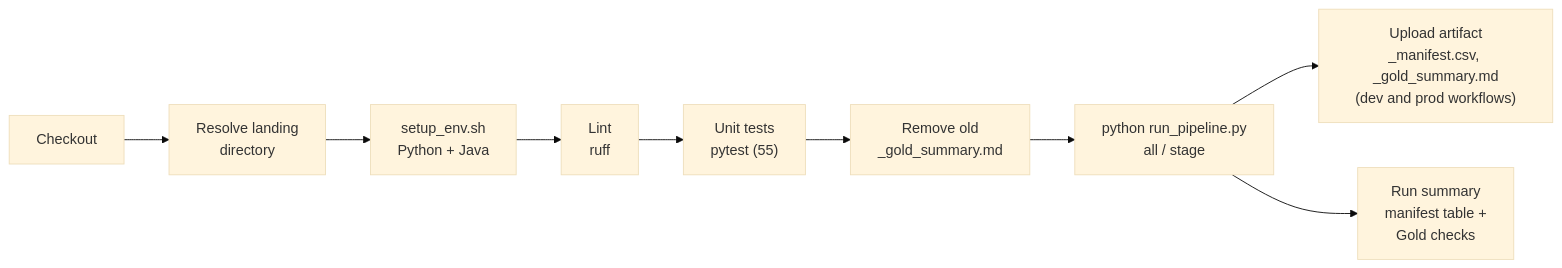
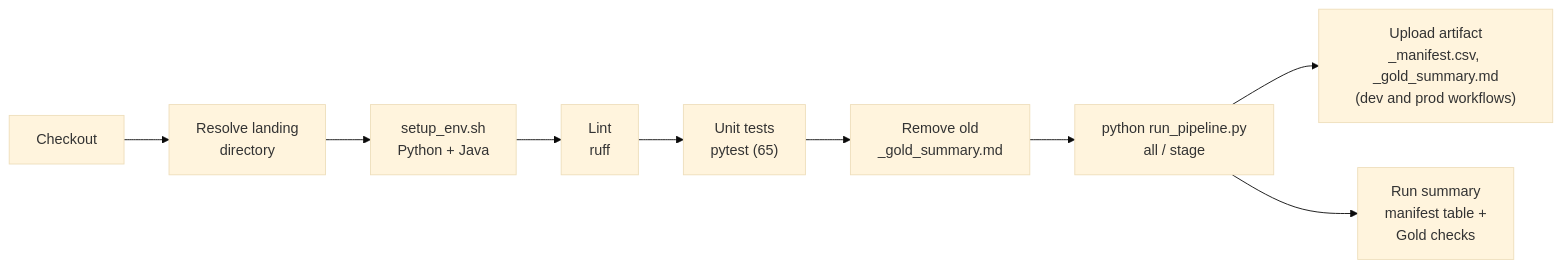
One commit to aaamainorg/dat535-group24 changed the third of 4 diagrams in docs/pipelines.md. Above: the diagram before and after it, drawn with Mermaid (base theme). The commit also changed other lines of this file and 11 other files, not shown here.

````diff
--- a/docs/pipelines.md
+++ b/docs/pipelines.md
@@ -115,6 +142,6 @@
 ```mermaid
 flowchart LR
-    c["Checkout"] --> l["Resolve landing<br/>directory"] --> e["setup_env.sh<br/>Python + Java"] --> lint["Lint<br/>ruff"] --> t["Unit tests<br/>pytest (55)"] --> r["Remove old<br/>_gold_summary.md"] --> run["python run_pipeline.py<br/>all / stage"]
+    c["Checkout"] --> l["Resolve landing<br/>directory"] --> e["setup_env.sh<br/>Python + Java"] --> lint["Lint<br/>ruff"] --> t["Unit tests<br/>pytest (65)"] --> r["Remove old<br/>_gold_summary.md"] --> run["python run_pipeline.py<br/>all / stage"]
     run --> a["Upload artifact<br/>_manifest.csv, _gold_summary.md<br/>(dev and prod workflows)"]
     run --> sum["Run summary<br/>manifest table +<br/>Gold checks"]
 ```
````
